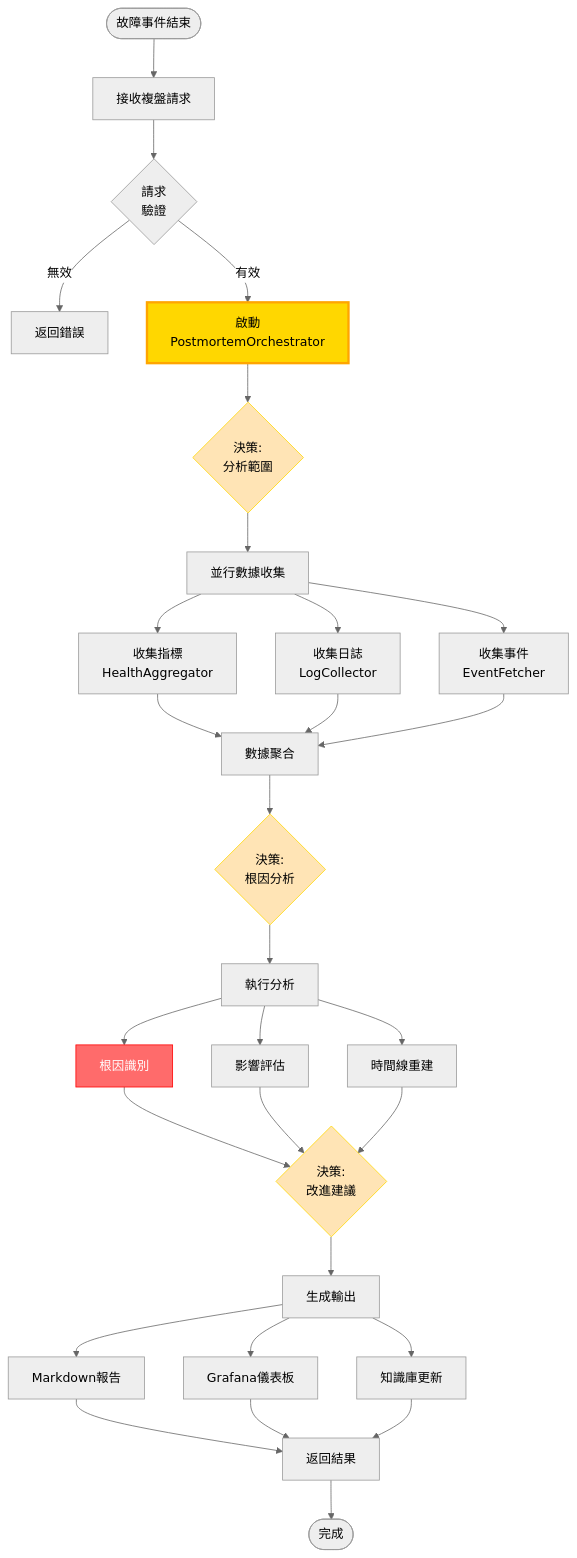
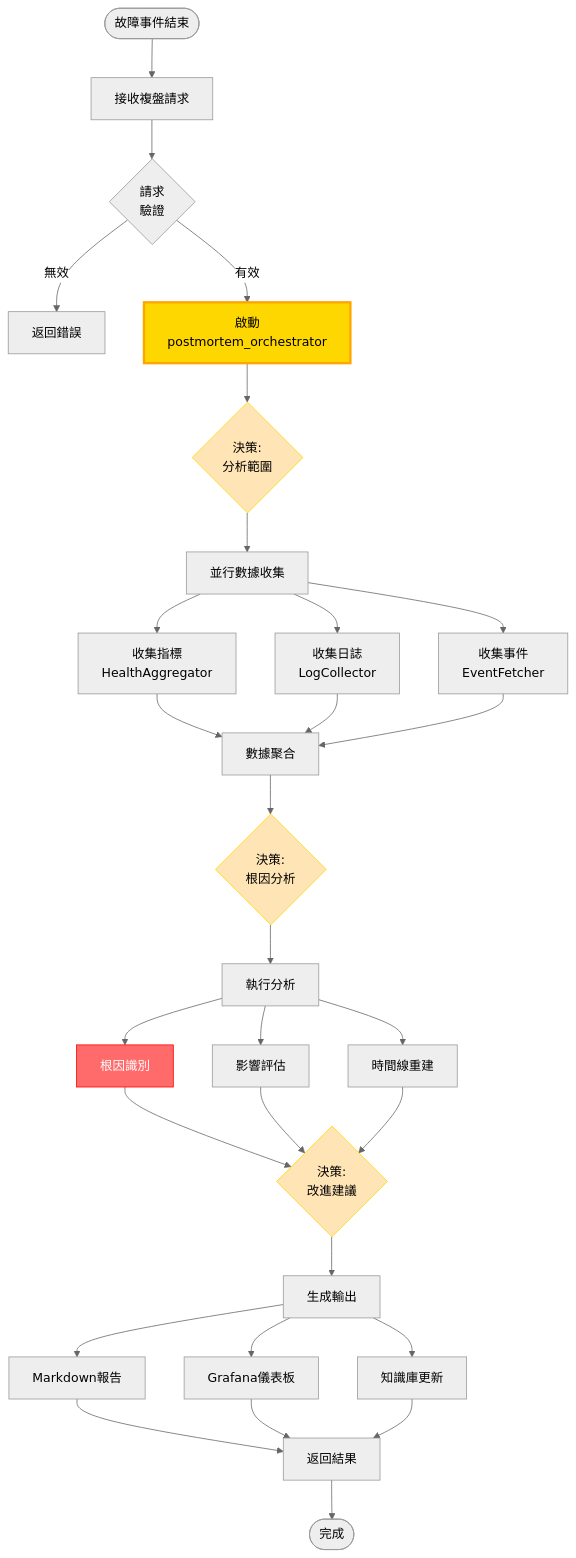
The second of 4 diagrams in README.md (detectviz/detectviz-platform), drawn with Mermaid before and after one commit. The commit also changed other lines of this file and 60 other files, not shown here.

````diff
--- a/README.md
+++ b/README.md
@@ -66,51 +66,51 @@
 ```mermaid
 %%{init: {'theme':'neutral'}}%%
 
 flowchart TB
     Start([故障事件結束]) --> Input[接收複盤請求]
     
     Input --> Validate{請求<br/>驗證}
     Validate -->|無效| Error[返回錯誤]
-    Validate -->|有效| Agent[啟動<br/>PostmortemOrchestrator]
+    Validate -->|有效| Agent[啟動<br/>postmortem_orchestrator]
     
     Agent --> Decision1{決策:<br/>分析範圍}
     
     Decision1 --> Collect[並行數據收集]
     
     Collect --> C1[收集指標<br/>HealthAggregator]
     Collect --> C2[收集日誌<br/>LogCollector]
     Collect --> C3[收集事件<br/>EventFetcher]
     
     C1 --> Aggregate[數據聚合]
     C2 --> Aggregate
     C3 --> Aggregate
     
     Aggregate --> Decision2{決策:<br/>根因分析}
     
     Decision2 --> Analysis[執行分析]
     Analysis --> RCA[根因識別]
     Analysis --> Impact[影響評估]
     Analysis --> Timeline[時間線重建]
     
     RCA --> Decision3{決策:<br/>改進建議}
     Impact --> Decision3
     Timeline --> Decision3
     
     Decision3 --> Generate[生成輸出]
     
     Generate --> G1[Markdown報告]
     Generate --> G2[Grafana儀表板]
     Generate --> G3[知識庫更新]
     
     G1 --> Output[返回結果]
     G2 --> Output
     G3 --> Output
     
     Output --> End([完成])
     
     style Agent fill:#FFD700,stroke:#FFA500,stroke-width:3px
     style Decision1 fill:#FFE4B5,stroke:#FFD700
     style Decision2 fill:#FFE4B5,stroke:#FFD700
     style Decision3 fill:#FFE4B5,stroke:#FFD700
     style RCA fill:#FF6B6B,stroke:#FF0000,color:#FFF
 ```
````
